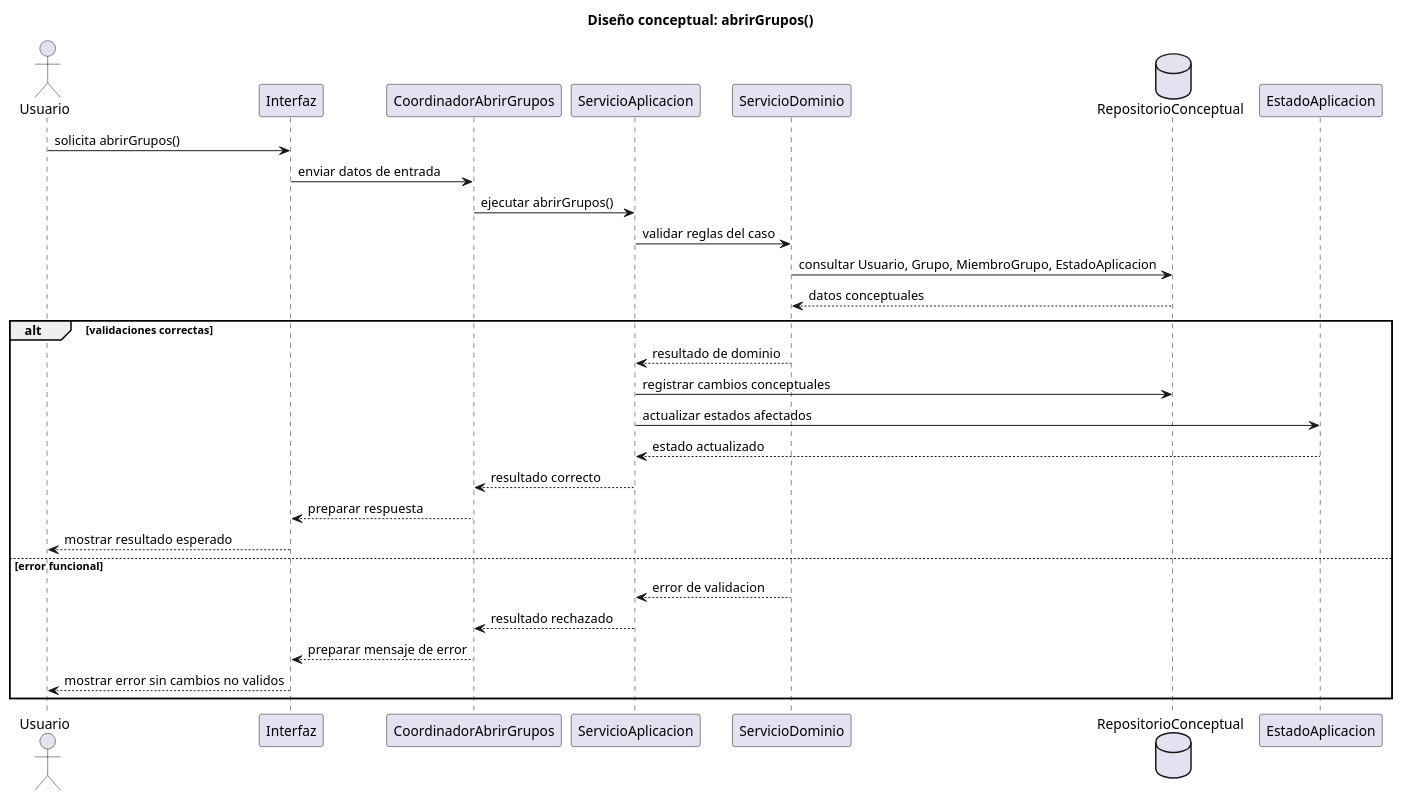
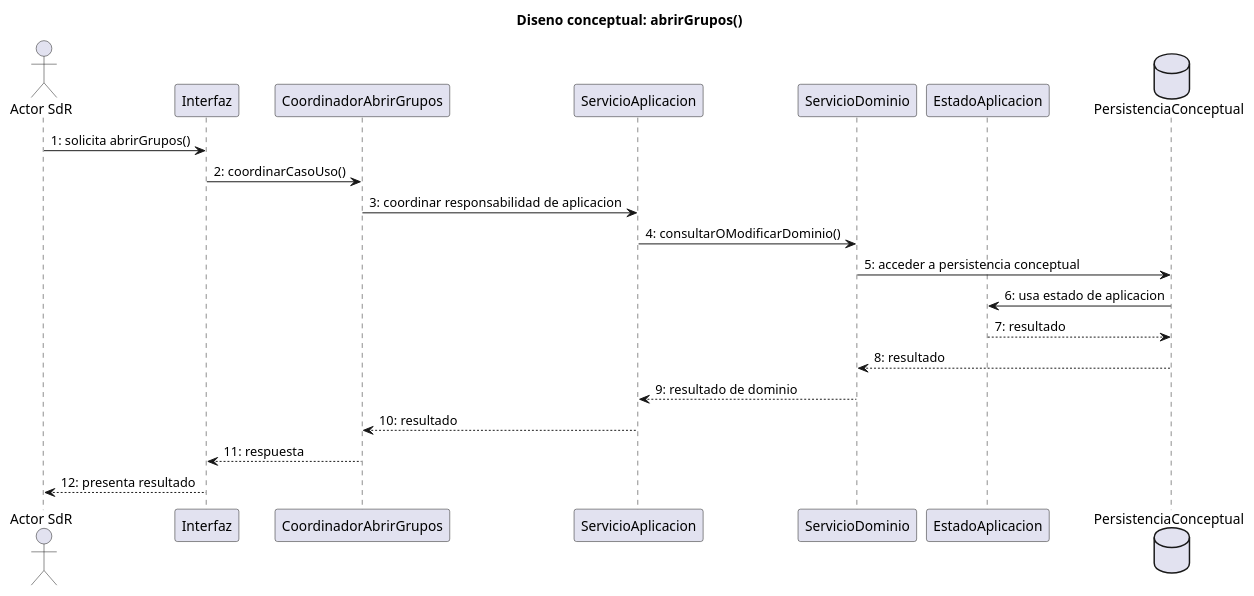
Before and after one commit to inigovaqueroo04/25-26-idsw2-sdVC: the diagram in documents/RUP/02-diseño/casos-uso/gestion-grupos/abrirGrupos/README.md, drawn with PlantUML. The commit also changed other lines of this file and 24 other files, not shown here.

Commit message:
docs: validar trazabilidad integral de diseno

````diff
--- a/documents/RUP/02-diseño/casos-uso/gestion-grupos/abrirGrupos/README.md
+++ b/documents/RUP/02-diseño/casos-uso/gestion-grupos/abrirGrupos/README.md
@@ -85,36 +85,27 @@
 ```plantuml
 @startuml abrirGrupos-diseno-secuencia
-title Diseño conceptual: abrirGrupos()
+title Diseno conceptual: abrirGrupos()
 
-actor "Usuario" as Usuario
+actor "Actor SdR" as Actor
 participant "Interfaz" as Interfaz
 participant "CoordinadorAbrirGrupos" as Coordinador
 participant "ServicioAplicacion" as ServicioAplicacion
 participant "ServicioDominio" as ServicioDominio
-database "RepositorioConceptual" as Repositorio
 participant "EstadoAplicacion" as EstadoAplicacion
+database "PersistenciaConceptual" as Persistencia
 
-Usuario -> Interfaz : solicita abrirGrupos()
-Interfaz -> Coordinador : enviar datos de entrada
-Coordinador -> ServicioAplicacion : ejecutar abrirGrupos()
-ServicioAplicacion -> ServicioDominio : validar reglas del caso
-ServicioDominio -> Repositorio : consultar Usuario, Grupo, MiembroGrupo, EstadoAplicacion
-Repositorio --> ServicioDominio : datos conceptuales
-
-alt validaciones correctas
-  ServicioDominio --> ServicioAplicacion : resultado de dominio
-  ServicioAplicacion -> Repositorio : registrar cambios conceptuales
-  ServicioAplicacion -> EstadoAplicacion : actualizar estados afectados
-  EstadoAplicacion --> ServicioAplicacion : estado actualizado
-  ServicioAplicacion --> Coordinador : resultado correcto
-  Coordinador --> Interfaz : preparar respuesta
-  Interfaz --> Usuario : mostrar resultado esperado
-else error funcional
-  ServicioDominio --> ServicioAplicacion : error de validacion
-  ServicioAplicacion --> Coordinador : resultado rechazado
-  Coordinador --> Interfaz : preparar mensaje de error
-  Interfaz --> Usuario : mostrar error sin cambios no validos
-end
+Actor -> Interfaz : 1: solicita abrirGrupos()
+Interfaz -> Coordinador : 2: coordinarCasoUso()
+Coordinador -> ServicioAplicacion : 3: coordinar responsabilidad de aplicacion
+ServicioAplicacion -> ServicioDominio : 4: consultarOModificarDominio()
+ServicioDominio -> Persistencia : 5: acceder a persistencia conceptual
+Persistencia -> EstadoAplicacion : 6: usa estado de aplicacion
+EstadoAplicacion --> Persistencia : 7: resultado
+Persistencia --> ServicioDominio : 8: resultado
+ServicioDominio --> ServicioAplicacion : 9: resultado de dominio
+ServicioAplicacion --> Coordinador : 10: resultado
+Coordinador --> Interfaz : 11: respuesta
+Interfaz --> Actor : 12: presenta resultado
 
 @enduml
 ```
````
